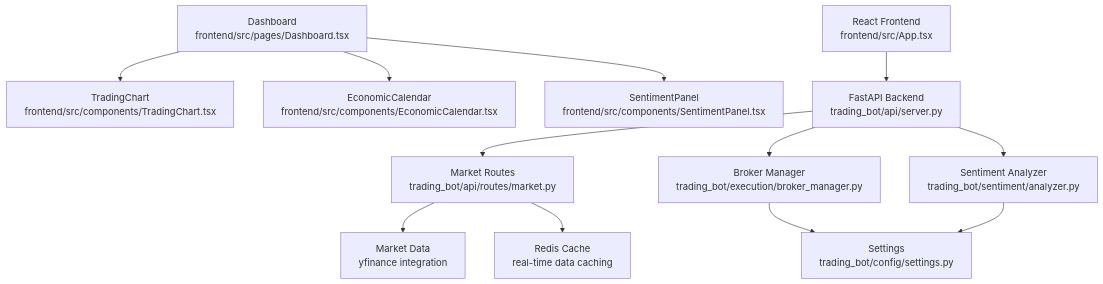
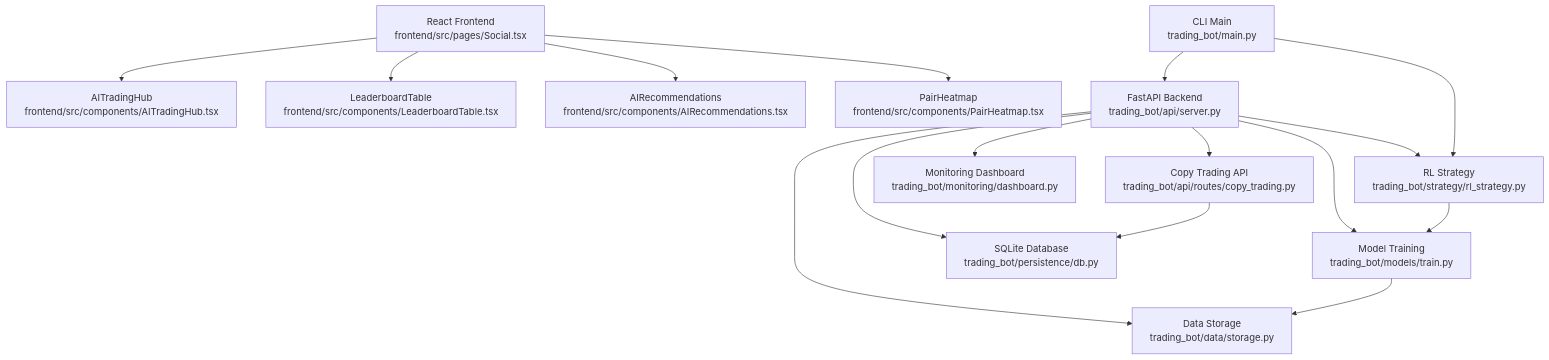
One commit to cavraeg-eng/Trading-App changed the first of 3 diagrams in .qoder/repowiki/en/content/Project Overview/Core Features/Core Features.md. Above: the diagram before and after it, drawn with Mermaid. The commit also changed other lines of this file and 138 other files, not shown here.

First line of the commit message:
feat(LiveTrading): add MT5-style chart overlay for entry/SL/TP levels

````diff
--- a/.qoder/repowiki/en/content/Project Overview/Core Features/Core Features.md
+++ b/.qoder/repowiki/en/content/Project Overview/Core Features/Core Features.md
@@ -67,26 +63,31 @@
 ```mermaid
 graph TB
-FRONTEND["React Frontend<br/>frontend/src/App.tsx"]
-DASHBOARD["Dashboard<br/>frontend/src/pages/Dashboard.tsx"]
-CHART["TradingChart<br/>frontend/src/components/TradingChart.tsx"]
-ECON["EconomicCalendar<br/>frontend/src/components/EconomicCalendar.tsx"]
-SENTIMENT["SentimentPanel<br/>frontend/src/components/SentimentPanel.tsx"]
+FRONTEND["React Frontend<br/>frontend/src/pages/Social.tsx"]
+AITRADING["AITradingHub<br/>frontend/src/components/AITradingHub.tsx"]
+LEADERBOARD["LeaderboardTable<br/>frontend/src/components/LeaderboardTable.tsx"]
+AI_RECS["AIRecommendations<br/>frontend/src/components/AIRecommendations.tsx"]
+PAIRMAP["PairHeatmap<br/>frontend/src/components/PairHeatmap.tsx"]
 BACKEND["FastAPI Backend<br/>trading_bot/api/server.py"]
-MARKET["Market Routes<br/>trading_bot/api/routes/market.py"]
-BROKER["Broker Manager<br/>trading_bot/execution/broker_manager.py"]
-SENTIMENT_BACKEND["Sentiment Analyzer<br/>trading_bot/sentiment/analyzer.py"]
-CONFIG["Settings<br/>trading_bot/config/settings.py"]
-DATA["Market Data<br/>yfinance integration"]
-REDIS["Redis Cache<br/>real-time data caching"]
-FRONTEND --> BACKEND
-DASHBOARD --> CHART
-DASHBOARD --> ECON
-DASHBOARD --> SENTIMENT
-BACKEND --> MARKET
-BACKEND --> BROKER
-BACKEND --> SENTIMENT_BACKEND
-MARKET --> DATA
-MARKET --> REDIS
-BROKER --> CONFIG
-SENTIMENT_BACKEND --> CONFIG
+COPY_TRADING["Copy Trading API<br/>trading_bot/api/routes/copy_trading.py"]
+RL_STRATEGY["RL Strategy<br/>trading_bot/strategy/rl_strategy.py"]
+TRAINING["Model Training<br/>trading_bot/models/train.py"]
+STORAGE["Data Storage<br/>trading_bot/data/storage.py"]
+DB["SQLite Database<br/>trading_bot/persistence/db.py"]
+DASHBOARD["Monitoring Dashboard<br/>trading_bot/monitoring/dashboard.py"]
+MAIN["CLI Main<br/>trading_bot/main.py"]
+FRONTEND --> AITRADING
+FRONTEND --> LEADERBOARD
+FRONTEND --> AI_RECS
+FRONTEND --> PAIRMAP
+BACKEND --> COPY_TRADING
+BACKEND --> RL_STRATEGY
+BACKEND --> TRAINING
+BACKEND --> STORAGE
+BACKEND --> DB
+BACKEND --> DASHBOARD
+RL_STRATEGY --> TRAINING
+TRAINING --> STORAGE
+COPY_TRADING --> DB
+MAIN --> BACKEND
+MAIN --> RL_STRATEGY
 ```
````
